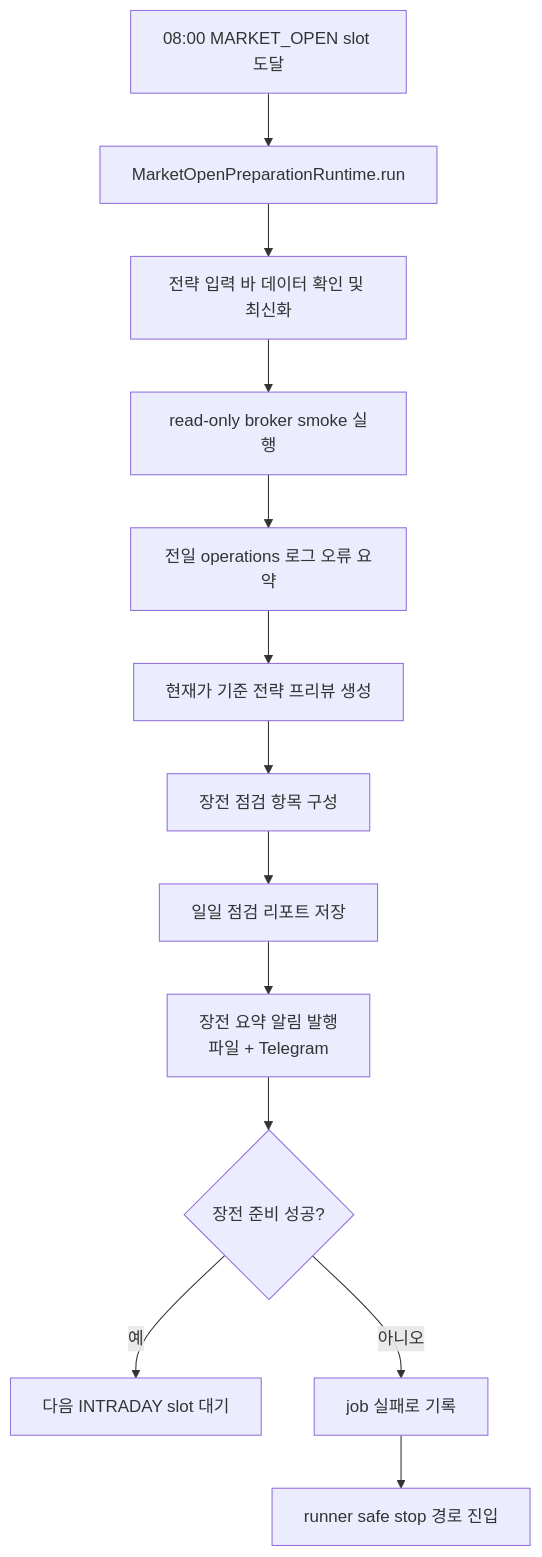
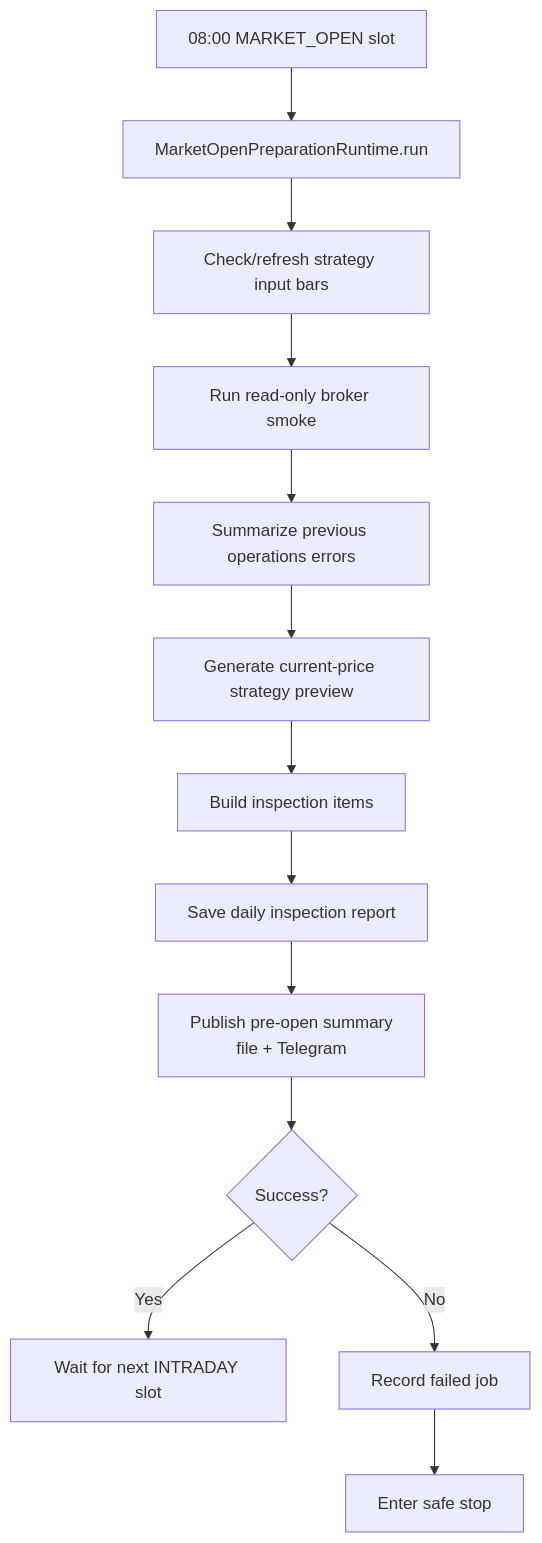
The fourth of 7 diagrams in docs/cli_run_continuous_flow.md (MQ813/AutoTrade), drawn with Mermaid before and after one commit. The commit also changed other lines of this file and 17 other files, not shown here.

Commit message:
Update broker smoke coverage and project docs

````diff
--- a/docs/cli_run_continuous_flow.md
+++ b/docs/cli_run_continuous_flow.md
@@ -68,15 +65,14 @@
 ```mermaid
 flowchart TD
-    A[08:00 MARKET_OPEN slot 도달] --> B[MarketOpenPreparationRuntime.run]
-    B --> C[전략 입력 바 데이터 확인 및 최신화]
-    C --> D[read-only broker smoke 실행]
-    D --> E[전일 operations 로그 오류 요약]
-    E --> F[현재가 기준 전략 프리뷰 생성]
-    F --> G[장전 점검 항목 구성]
-    G --> H[일일 점검 리포트 저장]
-    H --> I[장전 요약 알림 발행<br/>파일 + Telegram]
-    I --> J{장전 준비 성공?}
-    J -->|예| K[다음 INTRADAY slot 대기]
-    J -->|아니오| L[job 실패로 기록]
-    L --> M[runner safe stop 경로 진입]
+    A[08:00 MARKET_OPEN slot] --> B[MarketOpenPreparationRuntime.run]
+    B --> C[Check/refresh strategy input bars]
+    C --> D[Run read-only broker smoke]
+    D --> E[Summarize previous operations errors]
+    E --> F[Generate current-price strategy preview]
+    F --> G[Build inspection items]
+    G --> H[Save daily inspection report]
+    H --> I[Publish pre-open summary<br/>file + Telegram]
+    I --> J{Success?}
+    J -->|Yes| K[Wait for next INTRADAY slot]
+    J -->|No| L[Record failed job] --> M[Enter safe stop]
 ```
````
